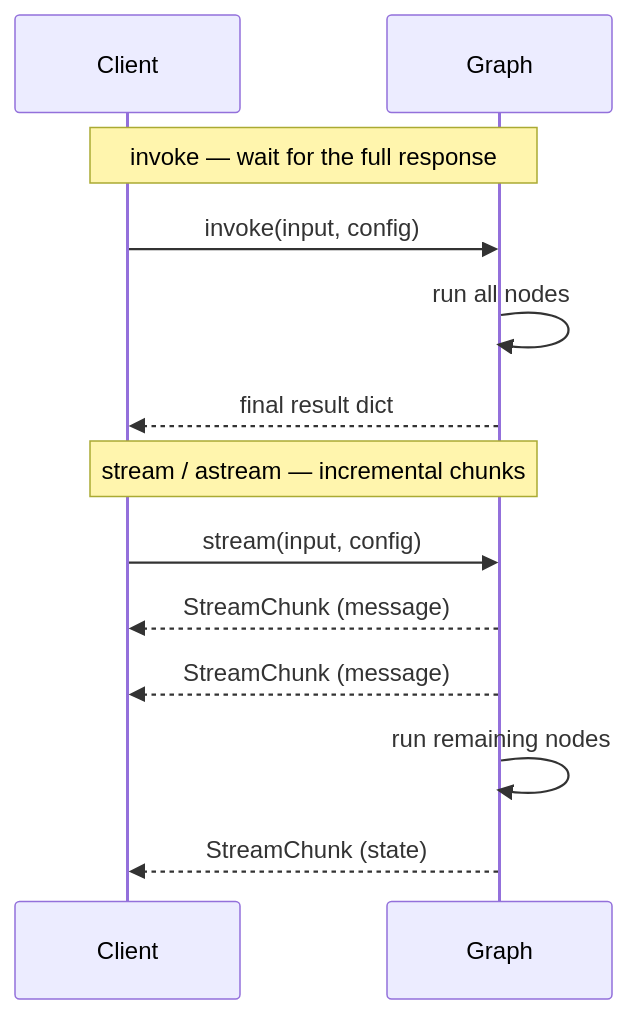
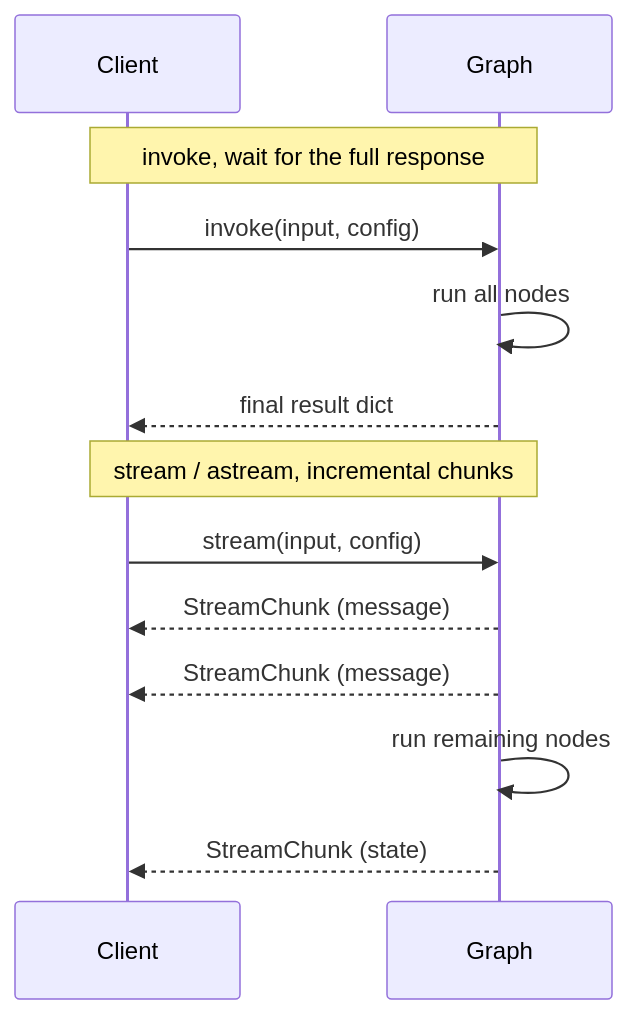
One commit to 10xHub/agentflow-docs changed the diagram in src/content/docs/concepts/streaming.md. Above: the diagram before and after it, drawn with Mermaid. The commit also changed 2061 other files, not shown here.

````diff
--- a/src/content/docs/concepts/streaming.md
+++ b/src/content/docs/concepts/streaming.md
@@ -26,17 +26,17 @@
 ```mermaid
 sequenceDiagram
   participant Client
   participant Graph
 
-  Note over Client,Graph: invoke — wait for the full response
+  Note over Client,Graph: invoke, wait for the full response
   Client->>Graph: invoke(input, config)
   Graph->>Graph: run all nodes
   Graph-->>Client: final result dict
 
-  Note over Client,Graph: stream / astream — incremental chunks
+  Note over Client,Graph: stream / astream, incremental chunks
   Client->>Graph: stream(input, config)
   Graph-->>Client: StreamChunk (message)
   Graph-->>Client: StreamChunk (message)
   Graph->>Graph: run remaining nodes
   Graph-->>Client: StreamChunk (state)
 ```
````
